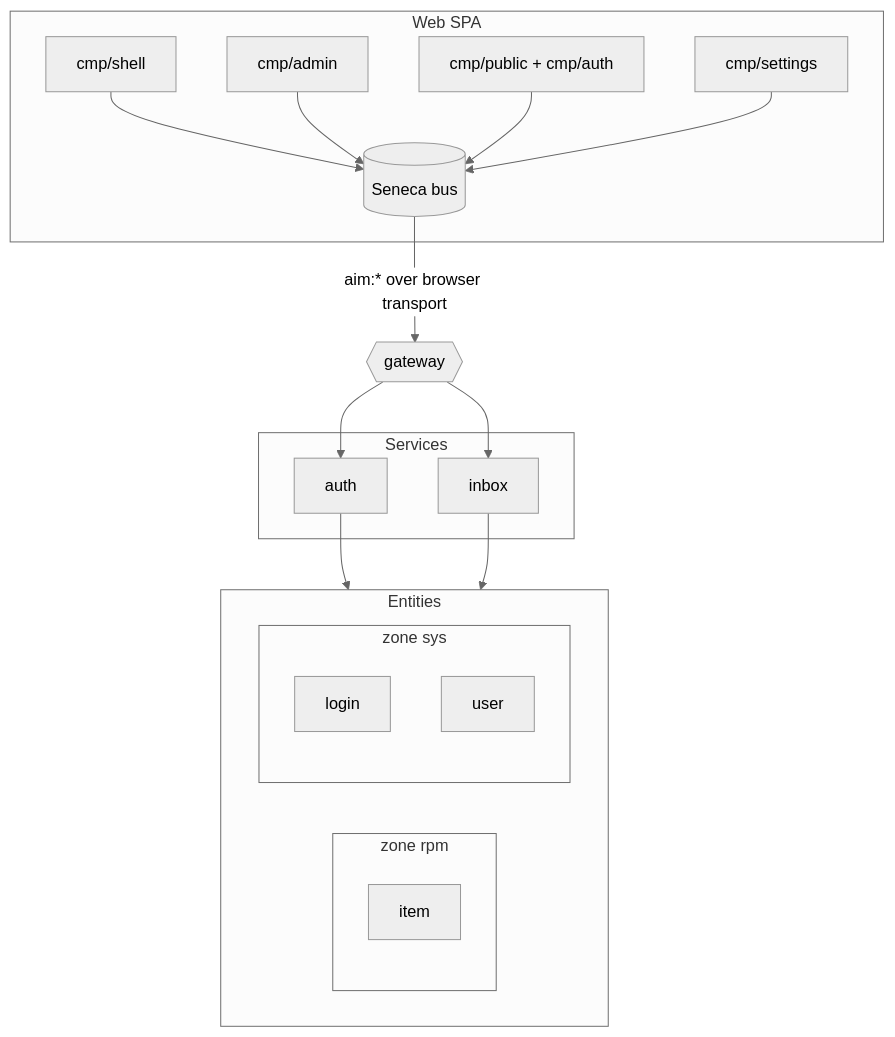
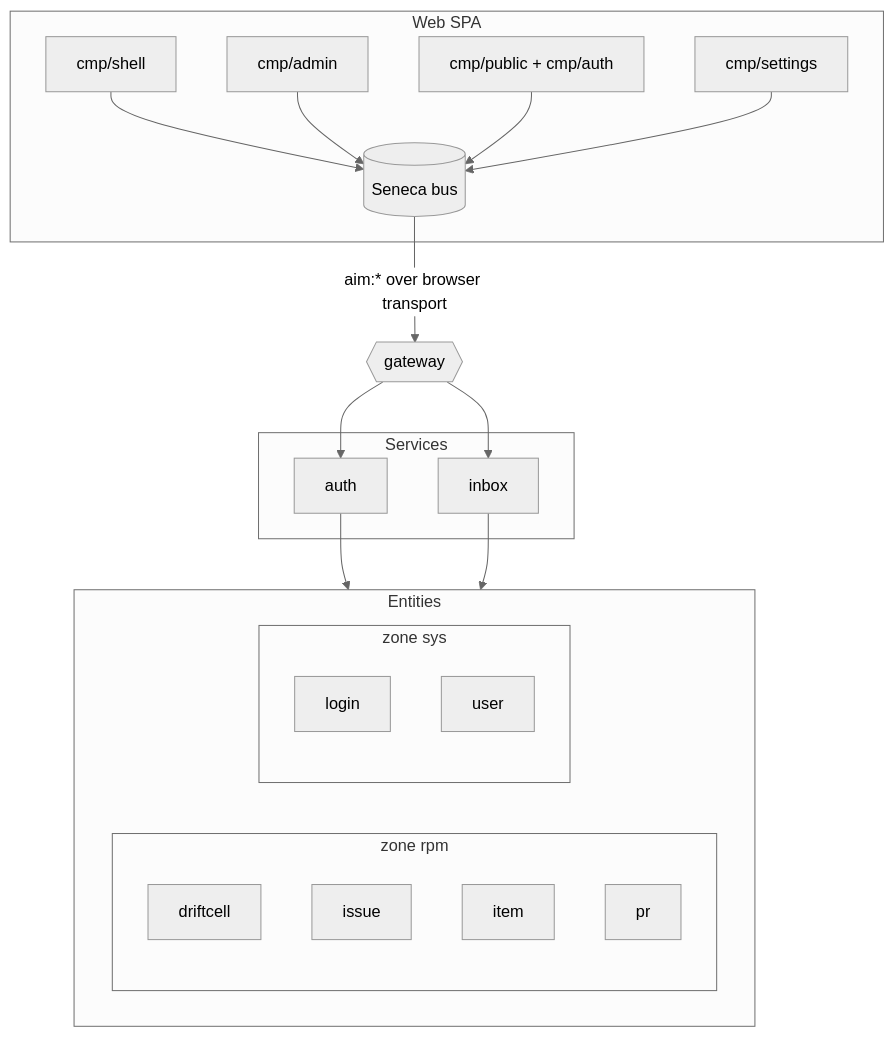
One commit to voxgig/repo-manager changed the first of 2 diagrams in docs/reference/system-map.md. Above: the diagram before and after it, drawn with Mermaid (neutral theme). The commit also changed 10 other files, not shown here.

````diff
--- a/docs/reference/system-map.md
+++ b/docs/reference/system-map.md
@@ -10,32 +10,35 @@
 ```mermaid
 flowchart TB
   subgraph spa[Web SPA]
     shell[cmp/shell]
     admin[cmp/admin]
     publiccmp[cmp/public + cmp/auth]
     settings[cmp/settings]
     bus[(Seneca bus)]
     shell --> bus
     admin --> bus
     publiccmp --> bus
     settings --> bus
   end
   bus -->|aim:* over browser transport| gateway{{gateway}}
   subgraph services[Services]
     srv_auth[auth]
     srv_inbox[inbox]
   end
   gateway --> srv_auth
   gateway --> srv_inbox
   subgraph data[Entities]
     subgraph zone_rpm[zone rpm]
+      rpm_driftcell[driftcell]
+      rpm_issue[issue]
       rpm_item[item]
+      rpm_pr[pr]
     end
     subgraph zone_sys[zone sys]
       sys_login[login]
       sys_user[user]
     end
   end
   srv_auth --> data
   srv_inbox --> data
 ```
````
